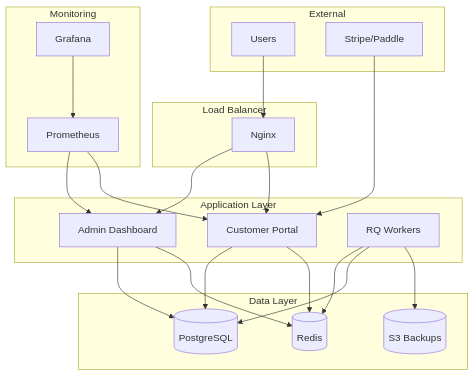
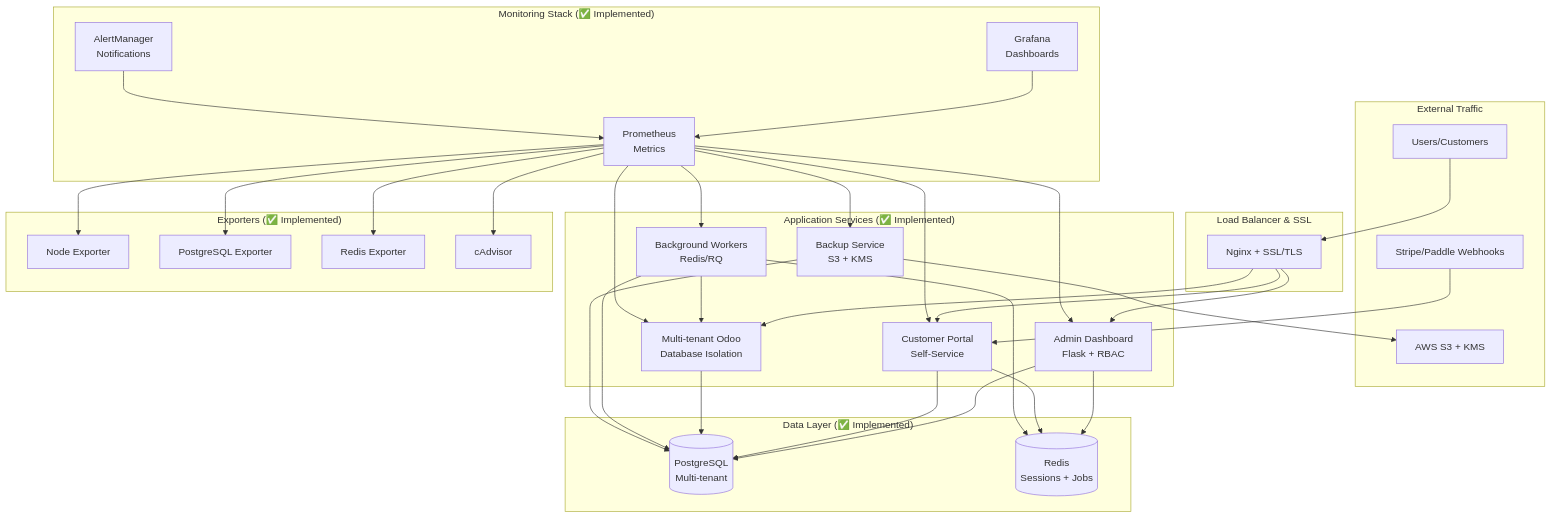
The diagram in README.md (marcosfermin/odoo-saas-platform), drawn with Mermaid before and after one commit. The commit also changed other lines of this file, not shown here.

````diff
--- a/README.md
+++ b/README.md
@@ -77,43 +147,67 @@
 ```mermaid
 graph TB
-    subgraph "External"
-        U[Users]
-        S[Stripe/Paddle]
+    subgraph "External Traffic"
+        U[Users/Customers]
+        S[Stripe/Paddle Webhooks]
+        AWS[AWS S3 + KMS]
     end
     
-    subgraph "Load Balancer"
-        N[Nginx]
+    subgraph "Load Balancer & SSL"
+        N[Nginx + SSL/TLS]
     end
     
-    subgraph "Application Layer"
-        A[Admin Dashboard]
-        P[Customer Portal]
-        W[RQ Workers]
+    subgraph "Application Services (✅ Implemented)"
+        A[Admin Dashboard<br/>Flask + RBAC]
+        P[Customer Portal<br/>Self-Service]
+        O[Multi-tenant Odoo<br/>Database Isolation]
+        W[Background Workers<br/>Redis/RQ]
+        B[Backup Service<br/>S3 + KMS]
     end
     
-    subgraph "Data Layer"
-        DB[(PostgreSQL)]
-        R[(Redis)]
-        S3[(S3 Backups)]
+    subgraph "Data Layer (✅ Implemented)"
+        DB[(PostgreSQL<br/>Multi-tenant)]
+        R[(Redis<br/>Sessions + Jobs)]
     end
     
-    subgraph "Monitoring"
-        PR[Prometheus]
-        G[Grafana]
+    subgraph "Monitoring Stack (✅ Implemented)"
+        PR[Prometheus<br/>Metrics]
+        G[Grafana<br/>Dashboards]
+        AM[AlertManager<br/>Notifications]
+    end
+    
+    subgraph "Exporters (✅ Implemented)"
+        NE[Node Exporter]
+        PE[PostgreSQL Exporter]
+        RE[Redis Exporter]
+        CE[cAdvisor]
     end
     
     U --> N
     N --> A
     N --> P
+    N --> O
     S --> P
+    
     A --> DB
     P --> DB
+    O --> DB
     A --> R
     P --> R
     W --> R
     W --> DB
-    W --> S3
+    W --> O
+    B --> DB
+    B --> AWS
+    
     PR --> A
     PR --> P
+    PR --> O
+    PR --> W
+    PR --> B
+    PR --> NE
+    PR --> PE  
+    PR --> RE
+    PR --> CE
     G --> PR
+    AM --> PR
 ```
````
